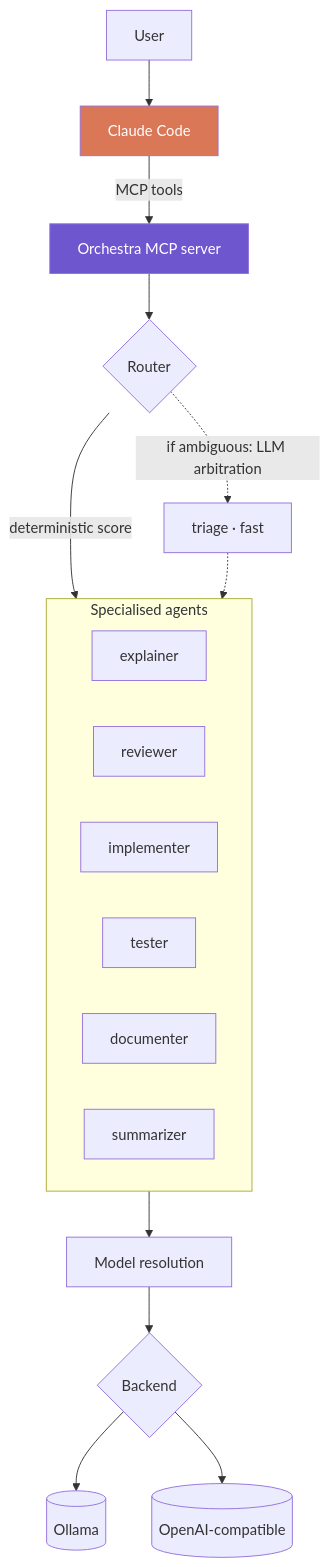
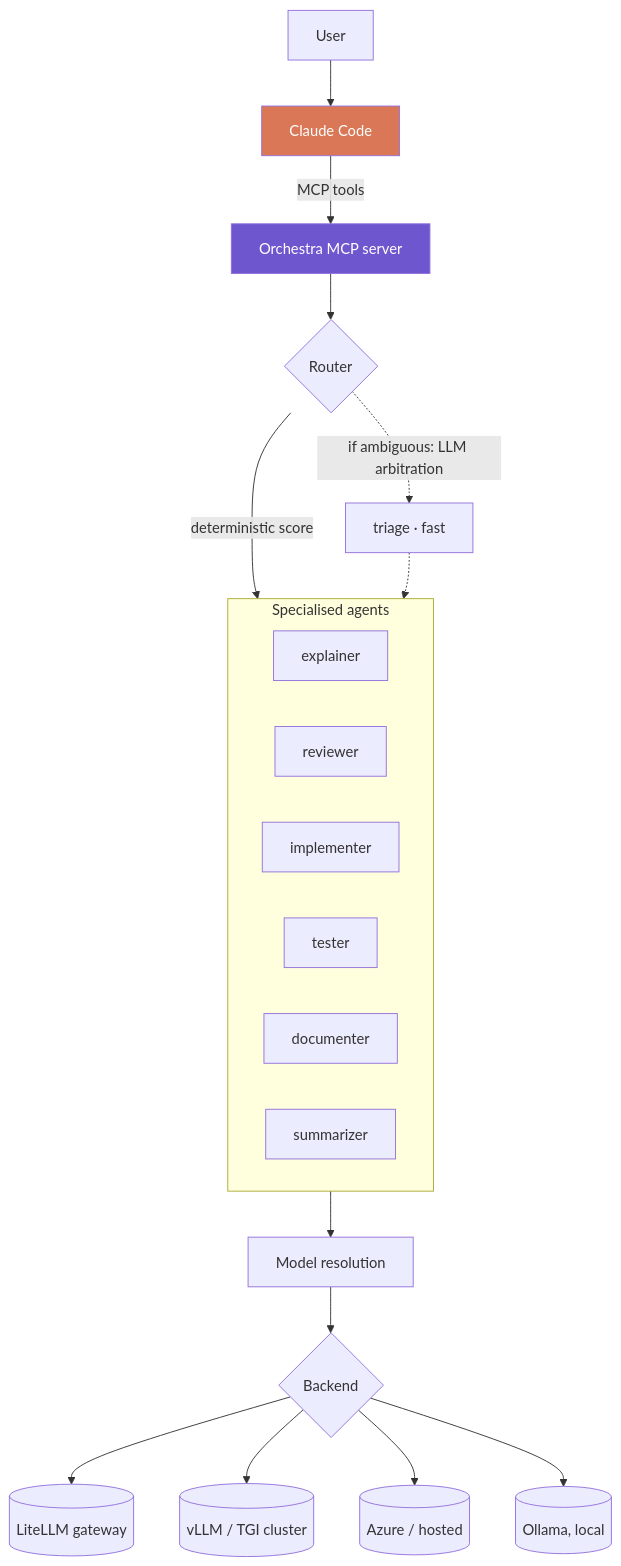
One commit to MMatice/orchestra changed the diagram in README.md. Above: the diagram before and after it, drawn with Mermaid. The commit also changed other lines of this file and 7 other files, not shown here.

````diff
--- a/README.md
+++ b/README.md
@@ -58,28 +63,30 @@
 ```mermaid
 flowchart TB
     U[User] --> C[Claude Code]
     C -->|MCP tools| O[Orchestra MCP server]
 
     O --> R{Router}
     R -->|deterministic score| A
     R -.->|if ambiguous: LLM arbitration| T[triage · fast]
     T -.-> A
 
     subgraph A[Specialised agents]
         direction LR
         A1[explainer]
         A2[reviewer]
         A3[implementer]
         A4[tester]
         A5[documenter]
         A6[summarizer]
     end
 
     A --> P[Model resolution]
     P --> B{Backend}
-    B --> B1[(Ollama)]
-    B --> B2[(OpenAI-compatible)]
+    B --> B1[(LiteLLM gateway)]
+    B --> B2[(vLLM / TGI cluster)]
+    B --> B3[(Azure / hosted)]
+    B --> B4[(Ollama, local)]
 
     style C fill:#D97757,color:#fff
     style O fill:#6E56CF,color:#fff
 ```
````
